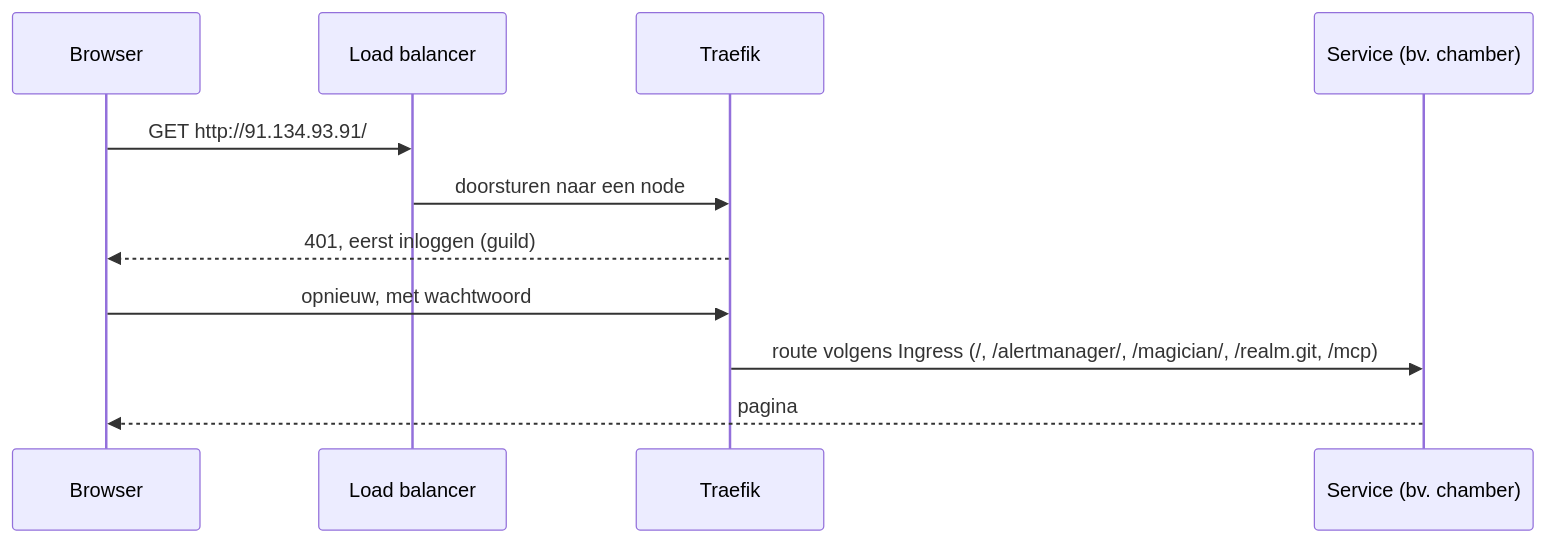
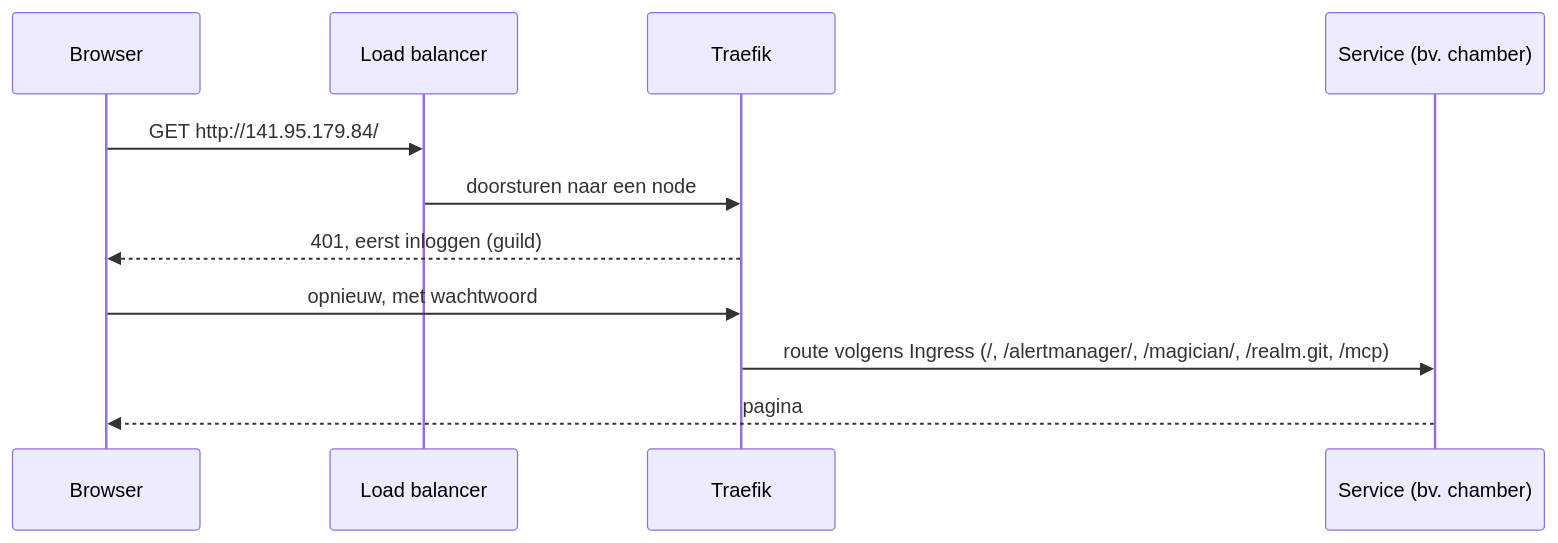
One commit to VR0EM/htf-antwerpen-2026 changed the third of 4 diagrams in docs/architectuur.md. Above: the diagram before and after it, drawn with Mermaid. The commit also changed other lines of this file and 1 other file, not shown here.

Commit message:
Docs: website weer online op 141.95.179.84 (bewijs + architectuur) (#62)

````diff
--- a/docs/architectuur.md
+++ b/docs/architectuur.md
@@ -115,13 +115,13 @@
 ```mermaid
 sequenceDiagram
     participant B as Browser
     participant LB as Load balancer
     participant T as Traefik
     participant S as Service (bv. chamber)
-    B->>LB: GET http://91.134.93.91/
+    B->>LB: GET http://141.95.179.84/
     LB->>T: doorsturen naar een node
     T-->>B: 401, eerst inloggen (guild)
     B->>T: opnieuw, met wachtwoord
     T->>S: route volgens Ingress (/, /alertmanager/, /magician/, /realm.git, /mcp)
     S-->>B: pagina
 ```
````
